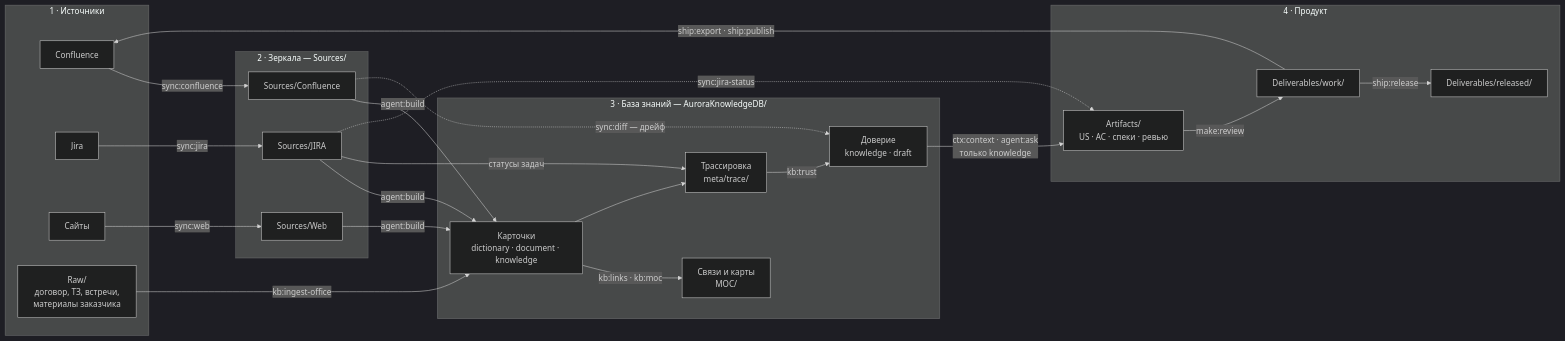
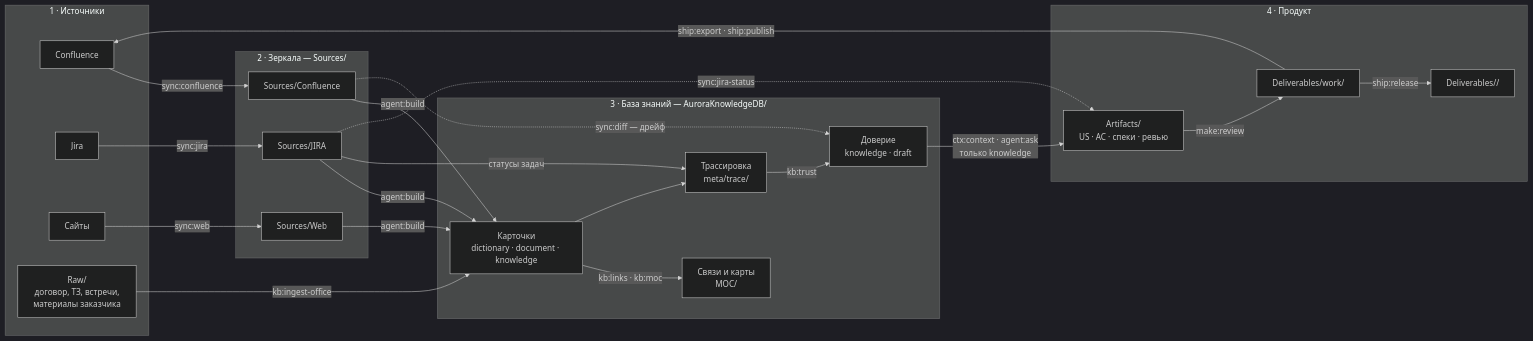
One commit to VVG-web/aurora-studio changed the first of 4 diagrams in docs/lifecycle.md. Above: the diagram before and after it, drawn with Mermaid (dark theme). The commit also changed other lines of this file and 5 other files, not shown here.

````diff
--- a/docs/lifecycle.md
+++ b/docs/lifecycle.md
@@ -12,44 +12,44 @@
 ```mermaid
 flowchart LR
   subgraph S["1 · Источники"]
     CONF["Confluence"]
     JIRA["Jira"]
     WEB["Сайты"]
     RAW["Raw/<br>договор, ТЗ, встречи,<br>материалы заказчика"]
   end
 
   subgraph M["2 · Зеркала — Sources/"]
     MC["Sources/Confluence"]
     MJ["Sources/JIRA"]
     MW["Sources/Web"]
   end
 
   subgraph K["3 · База знаний — AuroraKnowledgeDB/"]
     CARD["Карточки<br>dictionary · document · knowledge"]
     LINK["Связи и карты<br>MOC/"]
     TR["Трассировка<br>meta/trace/"]
     TRU["Доверие<br>knowledge · draft"]
   end
 
   subgraph P["4 · Продукт"]
     ART["Artifacts/<br>US · AC · спеки · ревью"]
     DEL["Deliverables/work/"]
-    REL["Deliverables/released/"]
+    REL["Deliverables/<kind>/"]
   end
 
   CONF -->|"sync:confluence"| MC
   JIRA -->|"sync:jira"| MJ
   WEB -->|"sync:web"| MW
   RAW -->|"kb:ingest-office"| CARD
   MC & MJ & MW -->|"agent:build"| CARD
   CARD -->|"kb:links · kb:moc"| LINK
   MJ -->|"статусы задач"| TR
   CARD --> TR
   TR -->|"kb:trust"| TRU
   TRU -->|"ctx:context · agent:ask<br>только knowledge"| ART
   ART -->|"make:review"| DEL
   DEL -->|"ship:export · ship:publish"| CONF
   DEL -->|"ship:release"| REL
   MC -.->|"sync:diff — дрейф"| TRU
   MJ -.->|"sync:jira-status"| ART
 ```
````
